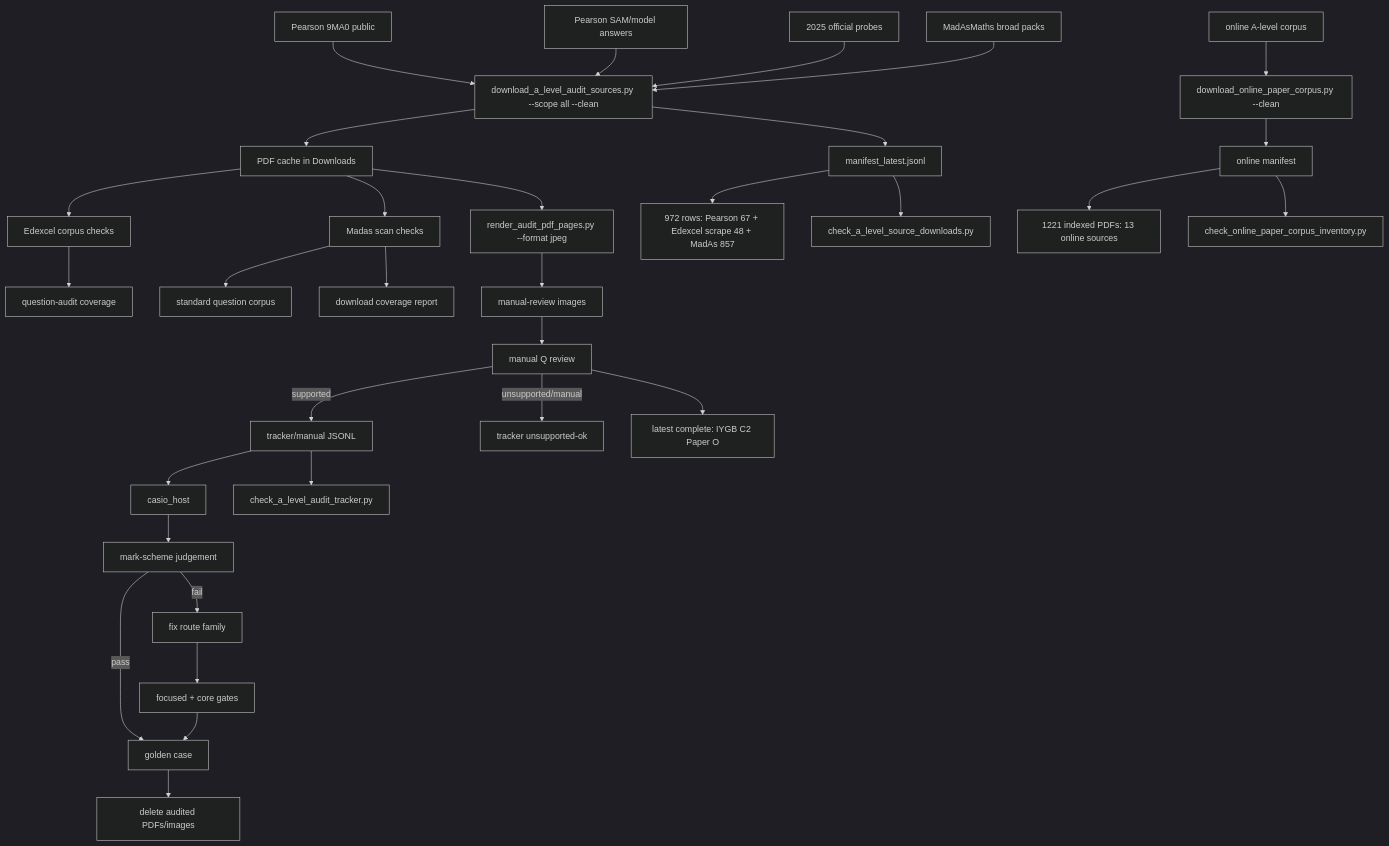
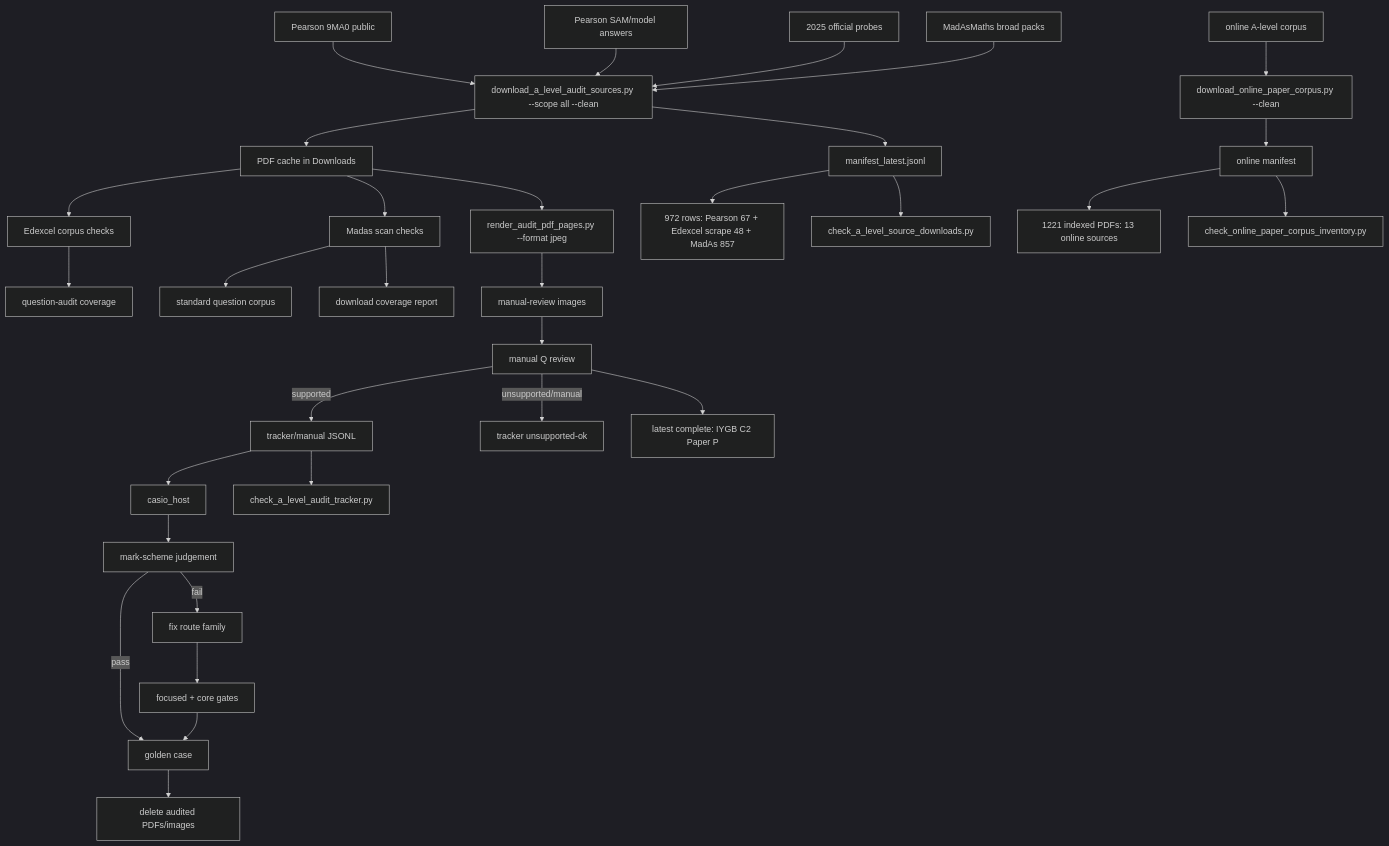
The diagram in c++/tools/golden/a_level_audit_graph.md (james8464/notes-addin-casio-fx-cg50), drawn with Mermaid (dark theme) before and after one commit. The commit also changed other lines of this file and 2 other files, not shown here.

Commit message:
Audit IYGB C2 Paper P

````diff
--- a/c++/tools/golden/a_level_audit_graph.md
+++ b/c++/tools/golden/a_level_audit_graph.md
@@ -3,34 +3,34 @@
 ```mermaid
 graph TD
   E1["Pearson 9MA0 public"] --> D["download_a_level_audit_sources.py --scope all --clean"]
   E2["Pearson SAM/model answers"] --> D
   E3["2025 official probes"] --> D
   M1["MadAsMaths broad packs"] --> D
   O1["online A-level corpus"] --> OD["download_online_paper_corpus.py --clean"]
   D --> P["PDF cache in Downloads"]
   D --> X["manifest_latest.jsonl"]
   OD --> OX["online manifest"]
   X --> XC["972 rows: Pearson 67 + Edexcel scrape 48 + MadAs 857"]
   OX --> OC["1221 indexed PDFs: 13 online sources"]
   X --> V["check_a_level_source_downloads.py"]
   OX --> OV["check_online_paper_corpus_inventory.py"]
   P --> E["Edexcel corpus checks"]
   E --> EQ["question-audit coverage"]
   P --> S["Madas scan checks"]
   S --> M["standard question corpus"]
   S --> MC["download coverage report"]
   P --> R["render_audit_pdf_pages.py --format jpeg"]
   R --> I["manual-review images"]
   I --> Q["manual Q review"]
   Q -->|supported| J["tracker/manual JSONL"]
   Q -->|unsupported/manual| U["tracker unsupported-ok"]
   J --> H["casio_host"]
   J --> K["check_a_level_audit_tracker.py"]
   H --> C["mark-scheme judgement"]
   C -->|pass| G["golden case"]
   C -->|fail| F["fix route family"]
   F --> T["focused + core gates"]
   T --> G
   G --> Z["delete audited PDFs/images"]
-  Q --> Qt["latest complete: IYGB C2 Paper O"]
+  Q --> Qt["latest complete: IYGB C2 Paper P"]
 ```
````
